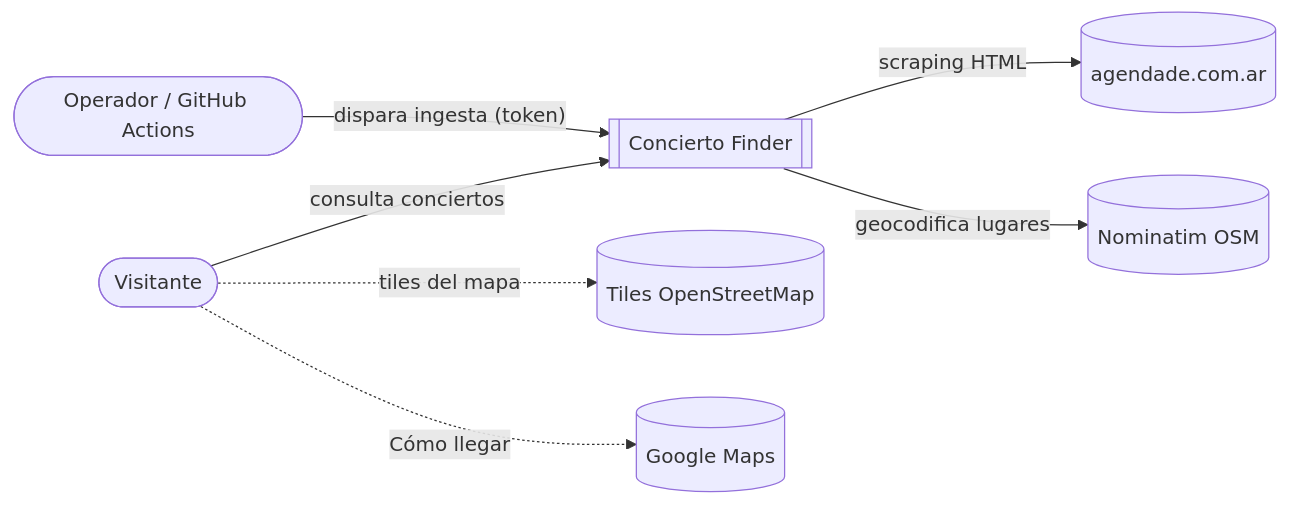
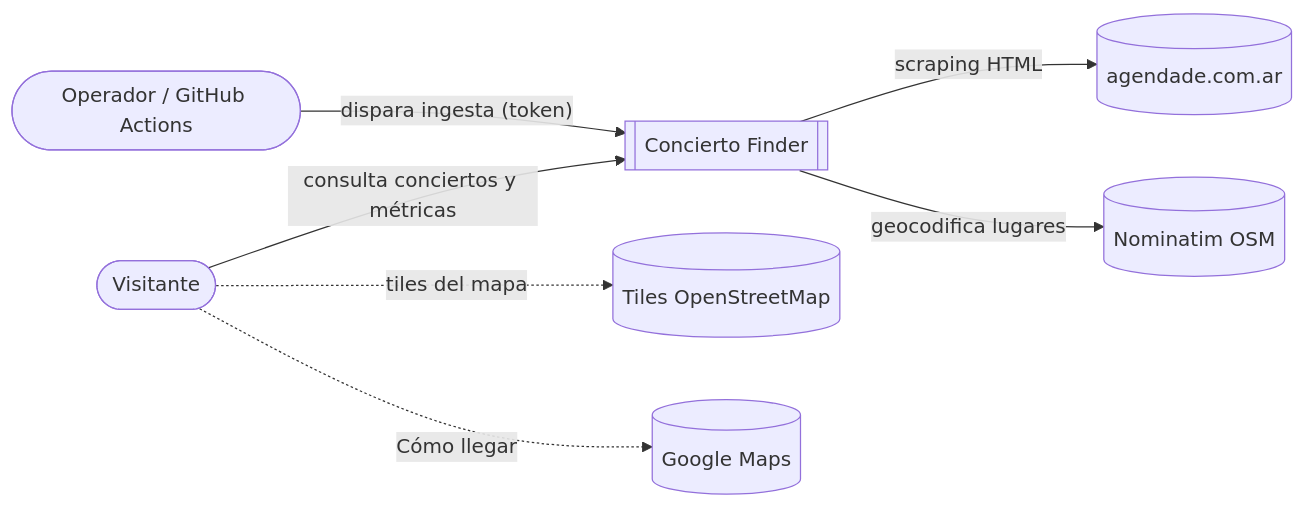
Before and after one commit to FernandezMarcodev/concierto-finder: the first of 9 diagrams in docs/ARQUITECTURA.md, drawn with Mermaid. The commit also changed other lines of this file and 12 other files, not shown here.

````diff
--- a/docs/ARQUITECTURA.md
+++ b/docs/ARQUITECTURA.md
@@ -19,17 +22,17 @@
 ```mermaid
 flowchart LR
     visitante([Visitante])
     operador([Operador / GitHub Actions])
     sistema[[Concierto Finder]]
     agendade[(agendade.com.ar)]
     nominatim[(Nominatim OSM)]
     tiles[(Tiles OpenStreetMap)]
     gmaps[(Google Maps)]
 
-    visitante -- "consulta conciertos" --> sistema
+    visitante -- "consulta conciertos y métricas" --> sistema
     operador -- "dispara ingesta (token)" --> sistema
     sistema -- "scraping HTML" --> agendade
     sistema -- "geocodifica lugares" --> nominatim
     visitante -. "tiles del mapa" .-> tiles
     visitante -. "Cómo llegar" .-> gmaps
 ```
````
